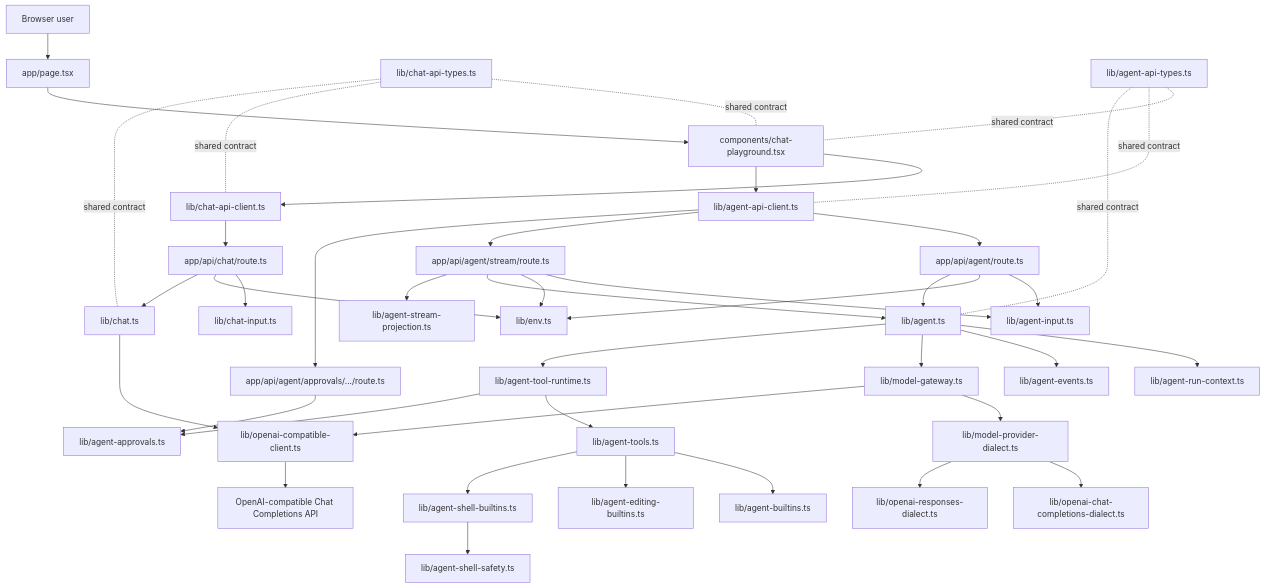
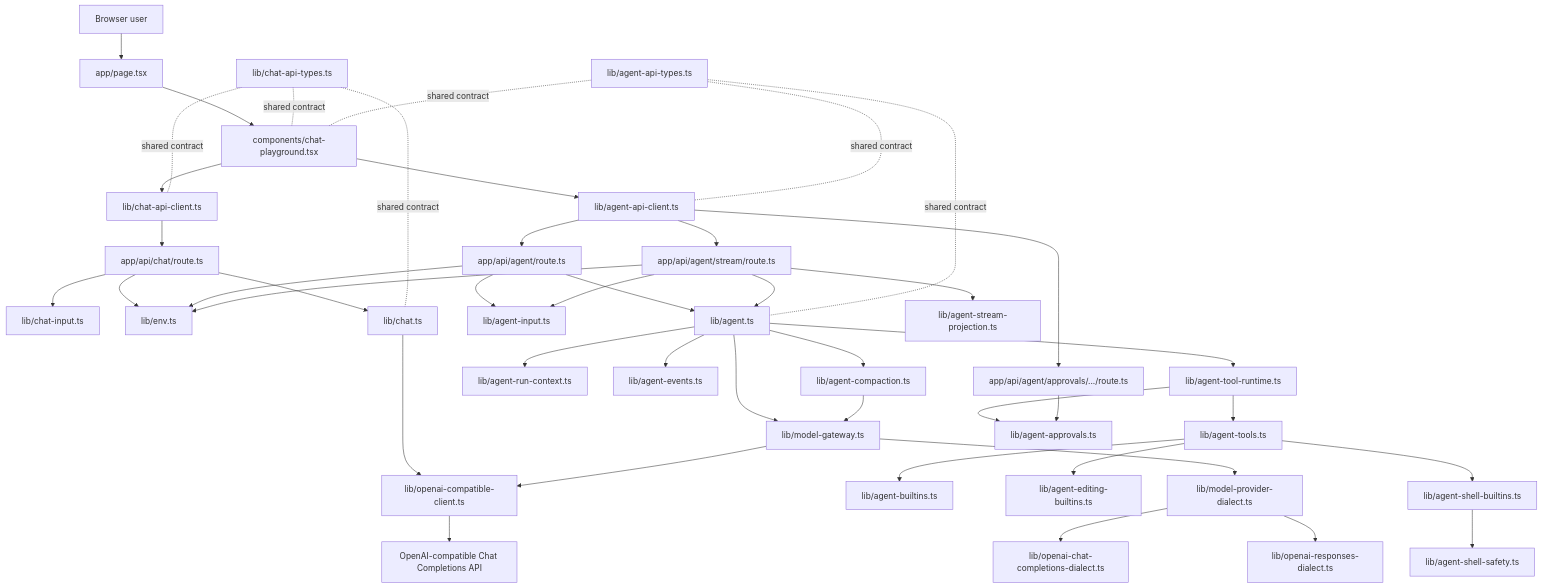
One commit to Liang-HZ/inspectable-agent-harness changed the first of 3 diagrams in docs/architecture.md. Above: the diagram before and after it, drawn with Mermaid. The commit also changed other lines of this file and 16 other files, not shown here.

First line of the commit message:
新增 context compaction:token 阈值触发历史压缩,复用 model gateway 生成摘要

````diff
--- a/docs/architecture.md
+++ b/docs/architecture.md
@@ -25,48 +25,50 @@
 ```mermaid
 flowchart TD
   User[Browser user] --> Page[app/page.tsx]
   Page --> Playground[components/chat-playground.tsx]
   Playground --> BrowserClient[lib/chat-api-client.ts]
   Playground --> AgentBrowserClient[lib/agent-api-client.ts]
   BrowserClient --> ChatRoute[app/api/chat/route.ts]
   AgentBrowserClient --> AgentRoute[app/api/agent/route.ts]
   AgentBrowserClient --> AgentStreamRoute[app/api/agent/stream/route.ts]
   AgentBrowserClient --> AgentApprovalsRoute[app/api/agent/approvals/.../route.ts]
 
   ChatRoute --> ChatInput[lib/chat-input.ts]
   ChatRoute --> Env[lib/env.ts]
   ChatRoute --> ChatService[lib/chat.ts]
 
   AgentRoute --> AgentInput[lib/agent-input.ts]
   AgentStreamRoute --> AgentInput
   AgentRoute --> Env
   AgentStreamRoute --> Env
   AgentRoute --> AgentService[lib/agent.ts]
   AgentStreamRoute --> AgentService
   AgentStreamRoute --> AgentProjection[lib/agent-stream-projection.ts]
   AgentService --> AgentRunContext[lib/agent-run-context.ts]
   AgentService --> AgentEvents[lib/agent-events.ts]
   AgentService --> ModelGateway[lib/model-gateway.ts]
   ModelGateway --> ModelDialect[lib/model-provider-dialect.ts]
   ModelDialect --> ChatDialect[lib/openai-chat-completions-dialect.ts]
   ModelDialect --> ResponsesDialect[lib/openai-responses-dialect.ts]
   AgentService --> ToolRuntime[lib/agent-tool-runtime.ts]
   ToolRuntime --> AgentTools[lib/agent-tools.ts]
   ToolRuntime --> AgentApprovals[lib/agent-approvals.ts]
   AgentApprovalsRoute --> AgentApprovals
   AgentTools --> BuiltinTools[lib/agent-builtins.ts]
   AgentTools --> EditingBuiltins[lib/agent-editing-builtins.ts]
   AgentTools --> ShellBuiltins[lib/agent-shell-builtins.ts]
   ShellBuiltins --> ShellSafety[lib/agent-shell-safety.ts]
+  AgentService --> AgentCompaction[lib/agent-compaction.ts]
+  AgentCompaction --> ModelGateway
 
   ChatService --> OpenAIClient[lib/openai-compatible-client.ts]
   ModelGateway --> OpenAIClient
   OpenAIClient --> Provider[OpenAI-compatible Chat Completions API]
 
   SharedTypes[lib/chat-api-types.ts] -. shared contract .- Playground
   SharedTypes -. shared contract .- BrowserClient
   SharedTypes -. shared contract .- ChatService
   AgentTypes[lib/agent-api-types.ts] -. shared contract .- Playground
   AgentTypes -. shared contract .- AgentBrowserClient
   AgentTypes -. shared contract .- AgentService
 ```
````
